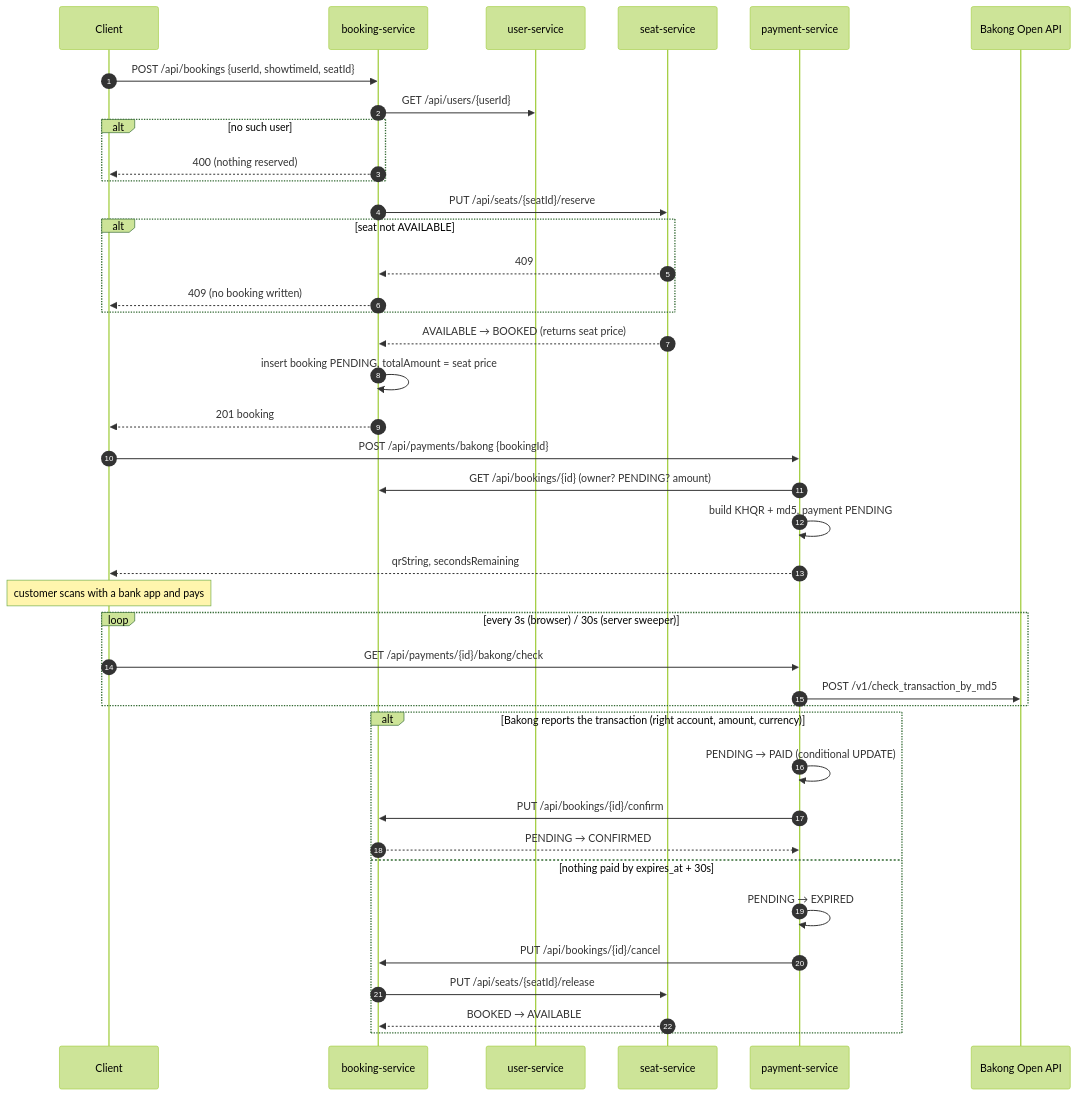
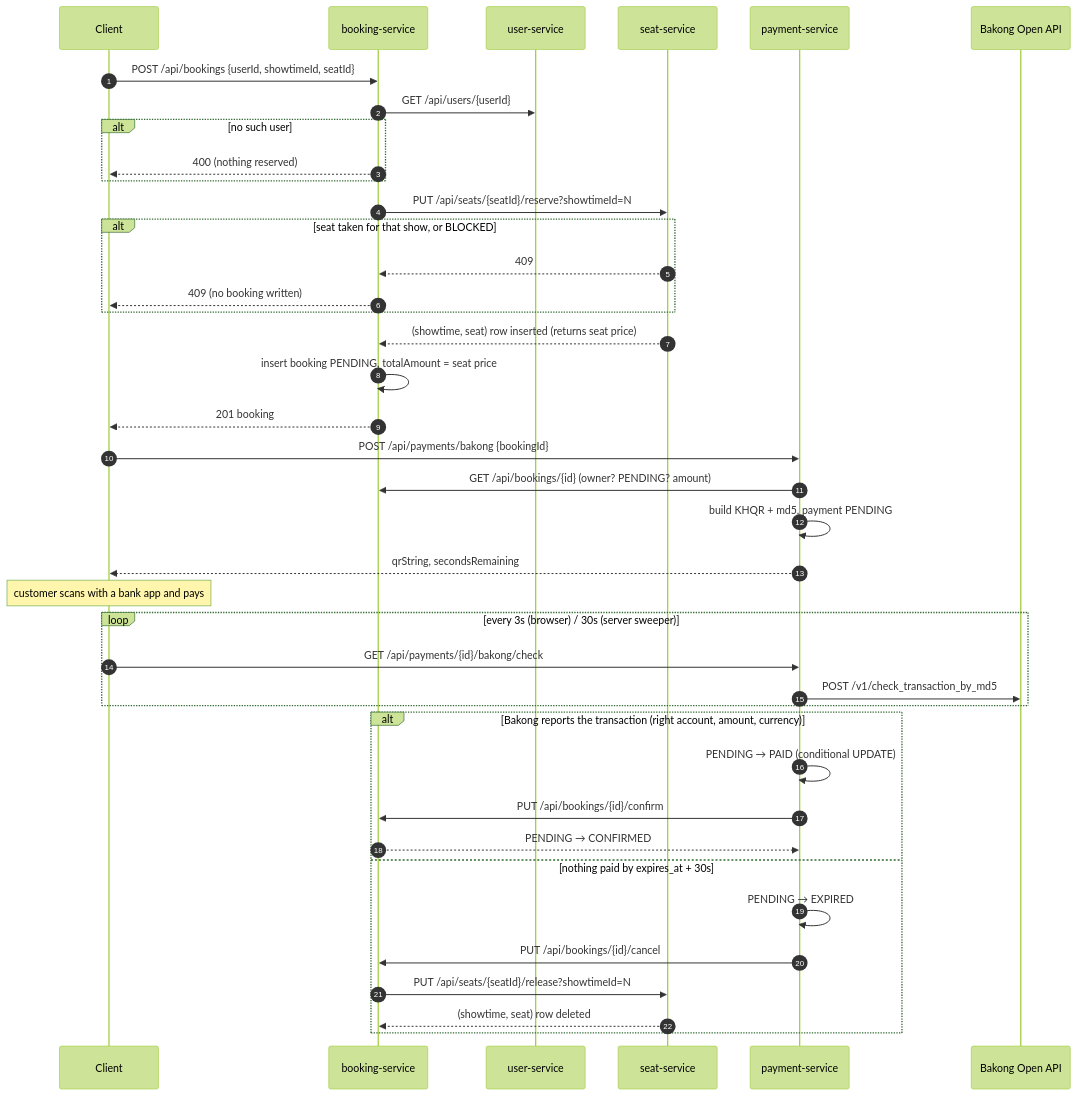
One commit to HourAnxo/Movie-Booking-System changed the third of 3 diagrams in docs/project-overview.md. Above: the diagram before and after it, drawn with Mermaid (forest theme). The commit also changed other lines of this file and 17 other files, not shown here.

````diff
--- a/docs/project-overview.md
+++ b/docs/project-overview.md
@@ -213,44 +213,44 @@
 ```mermaid
 sequenceDiagram
     autonumber
     participant C as Client
     participant B as booking-service
     participant U as user-service
     participant S as seat-service
     participant P as payment-service
     participant K as Bakong Open API
 
     C->>B: POST /api/bookings {userId, showtimeId, seatId}
     B->>U: GET /api/users/{userId}
     alt no such user
         B-->>C: 400 (nothing reserved)
     end
-    B->>S: PUT /api/seats/{seatId}/reserve
-    alt seat not AVAILABLE
+    B->>S: PUT /api/seats/{seatId}/reserve?showtimeId=N
+    alt seat taken for that show, or BLOCKED
         S-->>B: 409
         B-->>C: 409 (no booking written)
     end
-    S-->>B: AVAILABLE → BOOKED (returns seat price)
+    S-->>B: (showtime, seat) row inserted (returns seat price)
     B->>B: insert booking PENDING, totalAmount = seat price
     B-->>C: 201 booking
 
     C->>P: POST /api/payments/bakong {bookingId}
     P->>B: GET /api/bookings/{id} (owner? PENDING? amount)
     P->>P: build KHQR + md5, payment PENDING
     P-->>C: qrString, secondsRemaining
     Note over C: customer scans with a bank app and pays
     loop every 3s (browser) / 30s (server sweeper)
         C->>P: GET /api/payments/{id}/bakong/check
         P->>K: POST /v1/check_transaction_by_md5
     end
     alt Bakong reports the transaction (right account, amount, currency)
         P->>P: PENDING → PAID (conditional UPDATE)
         P->>B: PUT /api/bookings/{id}/confirm
         B-->>P: PENDING → CONFIRMED
     else nothing paid by expires_at + 30s
         P->>P: PENDING → EXPIRED
         P->>B: PUT /api/bookings/{id}/cancel
-        B->>S: PUT /api/seats/{seatId}/release
-        S-->>B: BOOKED → AVAILABLE
+        B->>S: PUT /api/seats/{seatId}/release?showtimeId=N
+        S-->>B: (showtime, seat) row deleted
     end
 ```
````
